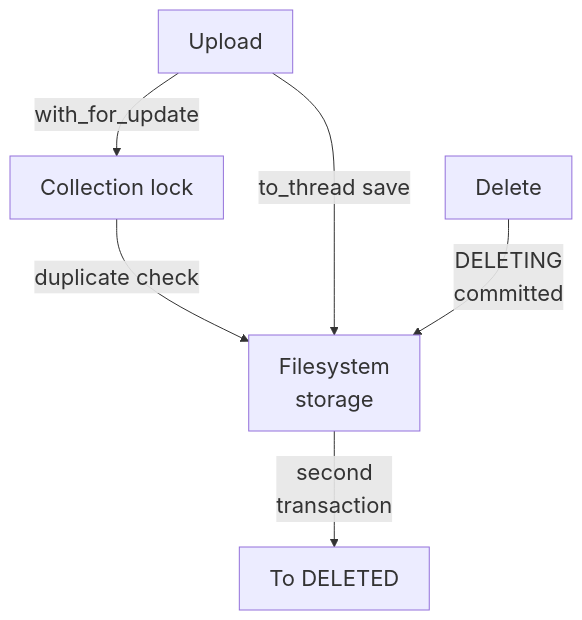
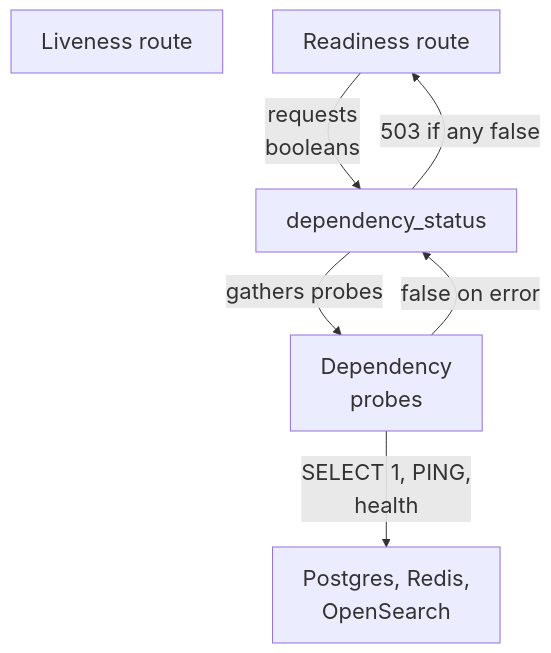
Before and after one commit to Justin-Mendoza/Afterclass: the third of 5 diagrams in maps/foundation/README.md, drawn with Mermaid. The commit also changed other lines of this file and 88 other files, not shown here.

````diff
--- a/maps/foundation/README.md
+++ b/maps/foundation/README.md
@@ -96,14 +125,14 @@
 ```mermaid
 %%{init: {"themeVariables": {"fontSize": "22px"}}}%%
 flowchart TD
-  n0["Upload"]
-  n1["Collection lock"]
-  n2["Filesystem<br/>storage"]
-  n3["Delete"]
-  n4["To DELETED"]
-  n0 -->|"with_for_update"| n1
-  n1 -->|"duplicate check"| n2
-  n0 -->|"to_thread save"| n2
-  n3 -->|"DELETING<br/>committed"| n2
-  n2 -->|"second<br/>transaction"| n4
+  n0["Liveness route"]
+  n1["Readiness route"]
+  n2["dependency_status"]
+  n3["Dependency<br/>probes"]
+  n4["Postgres, Redis,<br/>OpenSearch"]
+  n1 -->|"requests<br/>booleans"| n2
+  n2 -->|"gathers probes"| n3
+  n3 -->|"SELECT 1, PING,<br/>health"| n4
+  n3 -->|"false on error"| n2
+  n2 -->|"503 if any false"| n1
 ```
````
